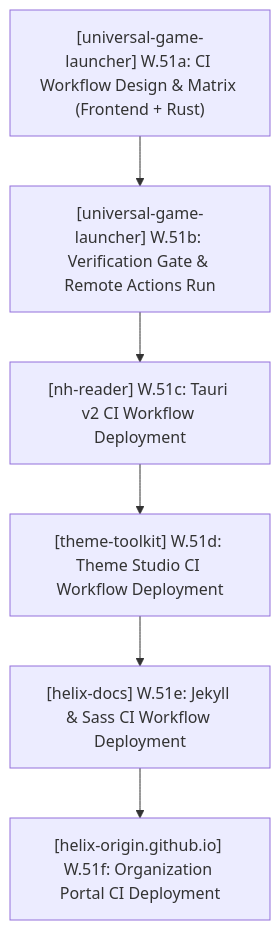
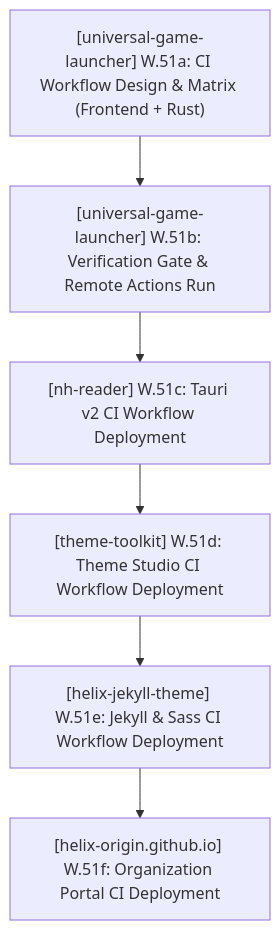
One commit to HELIX-Origin/agents changed the second of 2 diagrams in PLAN.md. Above: the diagram before and after it, drawn with Mermaid. The commit also changed other lines of this file and 9 other files, not shown here.

````diff
--- a/PLAN.md
+++ b/PLAN.md
@@ -92,8 +96,8 @@
 ```mermaid
 flowchart TD
     S28_1["[universal-game-launcher] W.51a: CI Workflow Design & Matrix (Frontend + Rust)"] --> S28_2["[universal-game-launcher] W.51b: Verification Gate & Remote Actions Run"]
     S28_2 --> S28_3["[nh-reader] W.51c: Tauri v2 CI Workflow Deployment"]
     S28_3 --> S28_4["[theme-toolkit] W.51d: Theme Studio CI Workflow Deployment"]
-    S28_4 --> S28_5["[helix-docs] W.51e: Jekyll & Sass CI Workflow Deployment"]
+    S28_4 --> S28_5["[helix-jekyll-theme] W.51e: Jekyll & Sass CI Workflow Deployment"]
     S28_5 --> S28_6["[helix-origin.github.io] W.51f: Organization Portal CI Deployment"]
 ```
````
